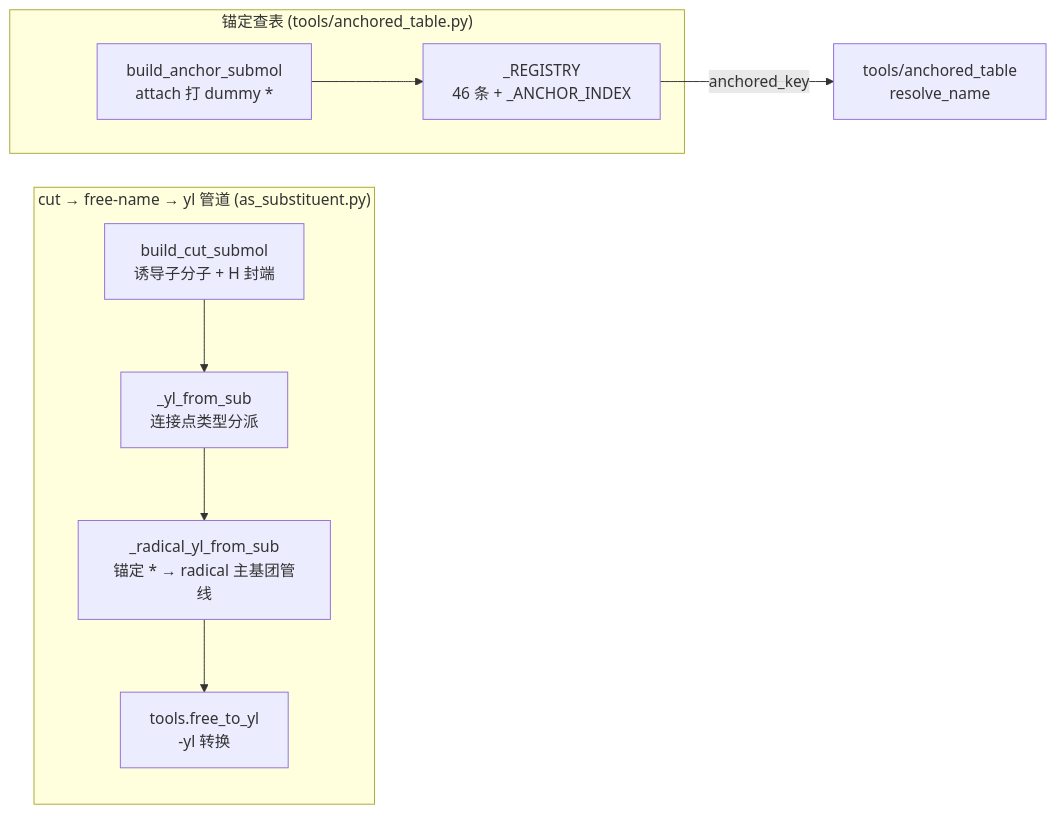
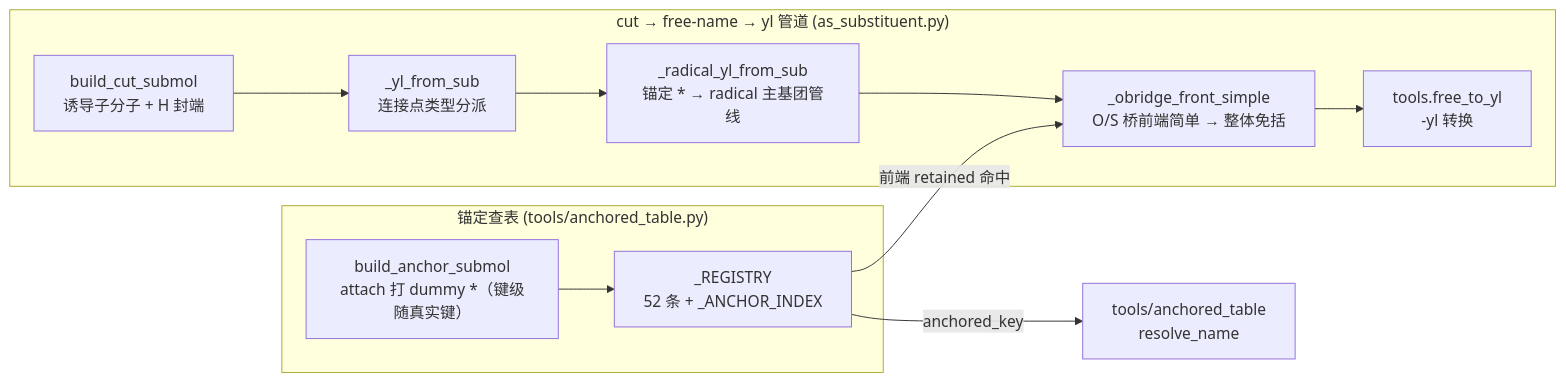
One commit to zouxiaofei1/OpenSMILES changed the second of 2 diagrams in docs/wiki/architecture/layer3-substituents.md. Above: the diagram before and after it, drawn with Mermaid. The commit also changed other lines of this file and 13 other files, not shown here.

````diff
--- a/docs/wiki/architecture/layer3-substituents.md
+++ b/docs/wiki/architecture/layer3-substituents.md
@@ -166,20 +169,23 @@
 ```mermaid
 flowchart LR
     subgraph CUT["cut → free-name → yl 管道 (as_substituent.py)"]
         BC["build_cut_submol<br/>诱导子分子 + H 封端"]
         YL["_yl_from_sub<br/>连接点类型分派"]
         RAD["_radical_yl_from_sub<br/>锚定 * → radical 主基团管线"]
+        OB["_obridge_front_simple<br/>O/S 桥前端简单 → 整体免括"]
         FY["tools.free_to_yl<br/>-yl 转换"]
     end
 
     subgraph ANCHOR["锚定查表 (tools/anchored_table.py)"]
-        BA["build_anchor_submol<br/>attach 打 dummy *"]
-        AT["_REGISTRY<br/>46 条 + _ANCHOR_INDEX"]
+        BA["build_anchor_submol<br/>attach 打 dummy *（键级随真实键）"]
+        AT["_REGISTRY<br/>52 条 + _ANCHOR_INDEX"]
     end
 
     BC --> YL
     YL --> RAD
-    RAD --> FY
+    RAD --> OB
+    OB --> FY
     BA --> AT
     AT -->|"anchored_key"| REG["tools/anchored_table<br/>resolve_name"]
+    AT -->|"前端 retained 命中"| OB
 ```
````
